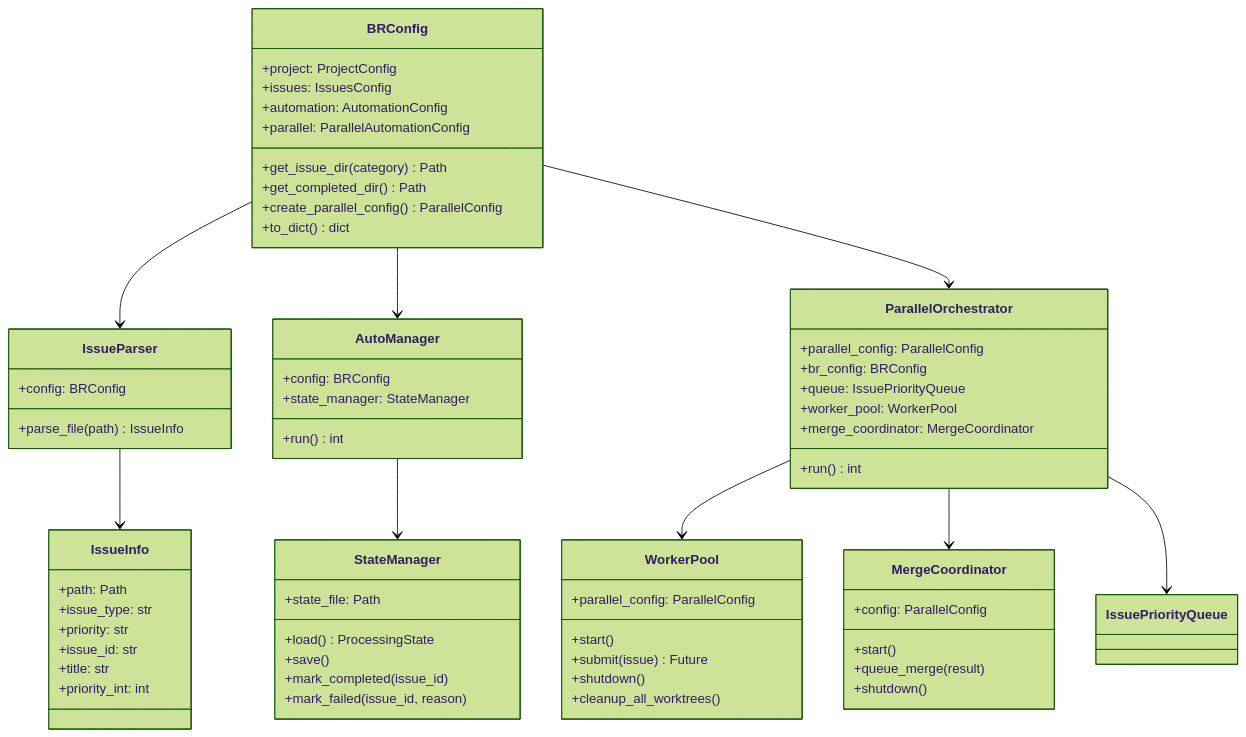
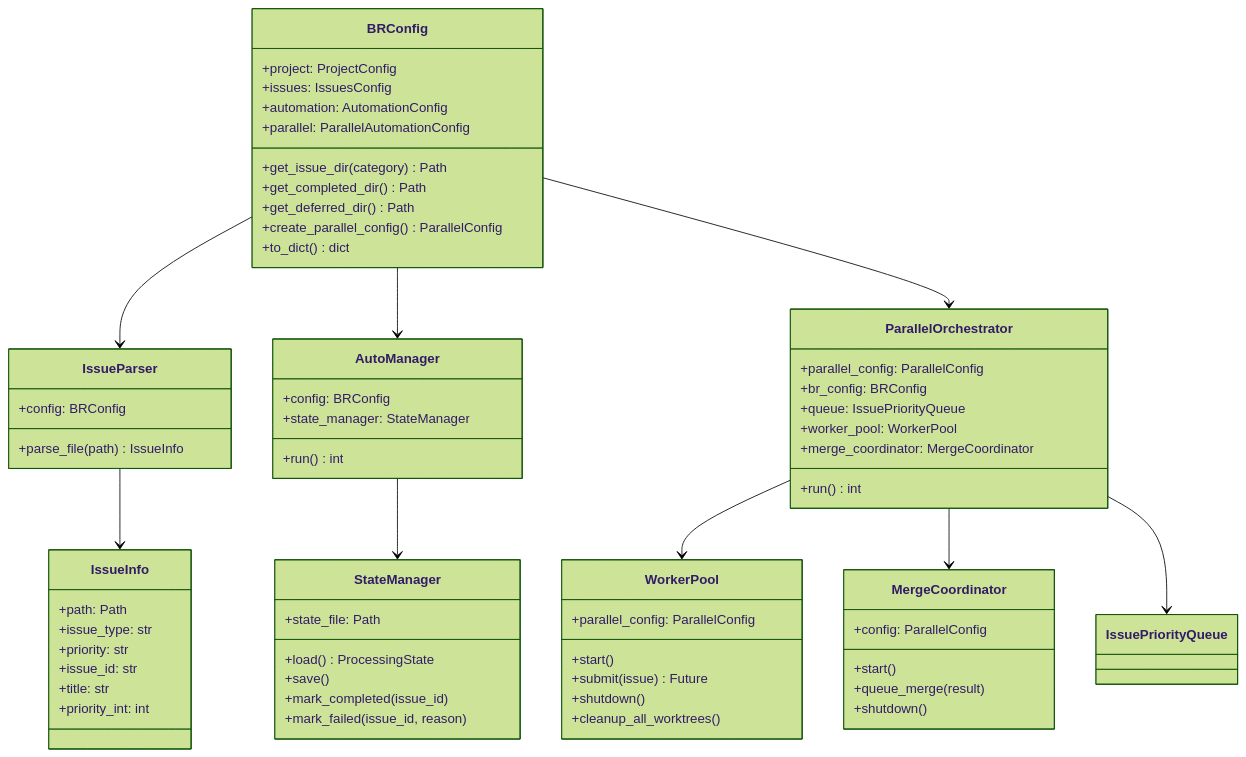
One commit to BrennonTWilliams/little-loops changed the fifth of 13 diagrams in docs/ARCHITECTURE.md. Above: the diagram before and after it, drawn with Mermaid (forest theme). The commit also changed other lines of this file and 32 other files, not shown here.

````diff
--- a/docs/ARCHITECTURE.md
+++ b/docs/ARCHITECTURE.md
@@ -407,74 +408,75 @@
 ```mermaid
 classDiagram
     class BRConfig {
         +project: ProjectConfig
         +issues: IssuesConfig
         +automation: AutomationConfig
         +parallel: ParallelAutomationConfig
         +get_issue_dir(category) Path
         +get_completed_dir() Path
+        +get_deferred_dir() Path
         +create_parallel_config() ParallelConfig
         +to_dict() dict
     }
 
     class IssueParser {
         +config: BRConfig
         +parse_file(path) IssueInfo
     }
 
     class IssueInfo {
         +path: Path
         +issue_type: str
         +priority: str
         +issue_id: str
         +title: str
         +priority_int: int
     }
 
     class AutoManager {
         +config: BRConfig
         +state_manager: StateManager
         +run() int
     }
 
     class StateManager {
         +state_file: Path
         +load() ProcessingState
         +save()
         +mark_completed(issue_id)
         +mark_failed(issue_id, reason)
     }
 
     class ParallelOrchestrator {
         +parallel_config: ParallelConfig
         +br_config: BRConfig
         +queue: IssuePriorityQueue
         +worker_pool: WorkerPool
         +merge_coordinator: MergeCoordinator
         +run() int
     }
 
     class WorkerPool {
         +parallel_config: ParallelConfig
         +start()
         +submit(issue) Future
         +shutdown()
         +cleanup_all_worktrees()
     }
 
     class MergeCoordinator {
         +config: ParallelConfig
         +start()
         +queue_merge(result)
         +shutdown()
     }
 
     BRConfig --> IssueParser
     IssueParser --> IssueInfo
     BRConfig --> AutoManager
     AutoManager --> StateManager
     BRConfig --> ParallelOrchestrator
     ParallelOrchestrator --> WorkerPool
     ParallelOrchestrator --> MergeCoordinator
     ParallelOrchestrator --> IssuePriorityQueue
 ```
````
